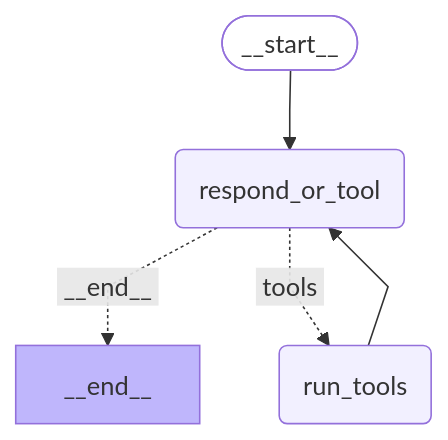
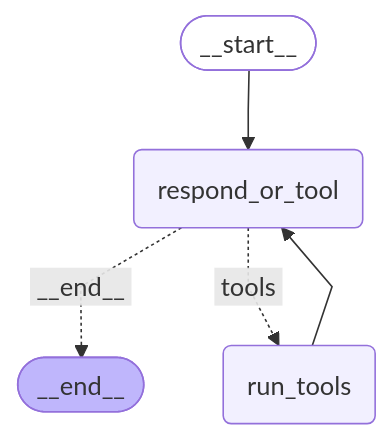
One commit to navikt/kbs-guide changed the diagram in avanserte_teknikker/tool_calling.qmd. Above: the diagram before and after it, drawn with Mermaid. The commit also changed other lines of this file, not shown here.

````diff
--- a/avanserte_teknikker/tool_calling.qmd
+++ b/avanserte_teknikker/tool_calling.qmd
@@ -191,18 +203,18 @@
 ```{mermaid}
 ---
 config:
   flowchart:
     curve: linear
   layout: dagre
 ---
 flowchart TD
     __start__(["<p>__start__</p>"]) --> initial("respond_or_tool")
-    initial -. &nbsp;__end__&nbsp; .-> __end__
+    initial -. &nbsp;__end__&nbsp; .-> __end__(["<p>__end__</p>"])
     initial -. &nbsp;tools&nbsp; .-> run_tools("run_tools")
     run_tools --> initial
      __start__:::first
      __end__:::last
     classDef default fill:#f2f0ff,line-height:1.2
     classDef first fill-opacity:0
     classDef last fill:#bfb6fc
 ```
````
